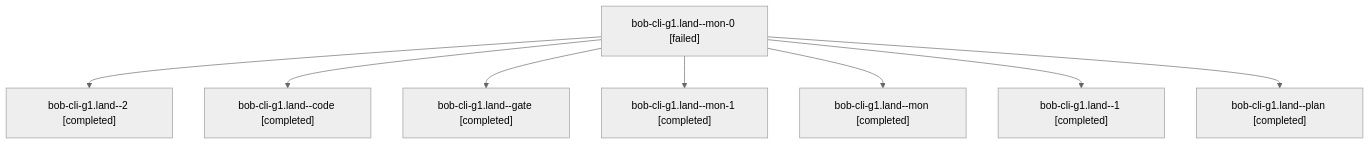
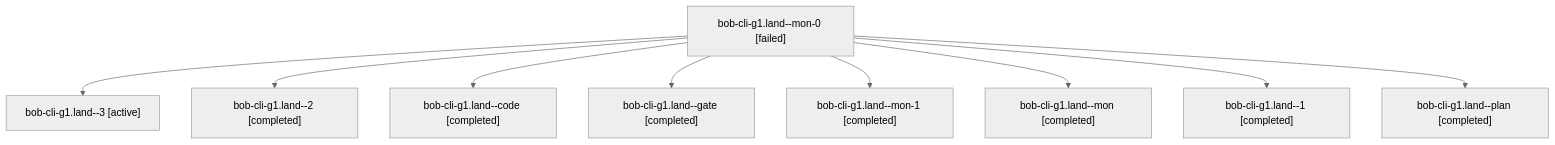
Before and after one commit to bobs-org/bob-cli--agents: the diagram in sessions/bbugyi200.athena.bob-cli-g1.land.md, drawn with Mermaid (neutral theme). The commit also changed other lines of this file and 25 other files, not shown here.

````diff
--- a/sessions/bbugyi200.athena.bob-cli-g1.land.md
+++ b/sessions/bbugyi200.athena.bob-cli-g1.land.md
@@ -9,18 +9,20 @@
 ```mermaid
 flowchart TD
   n0["bob-cli-g1.land--mon-0 [failed]"]
-  n1["bob-cli-g1.land--2 [completed]"]
+  n1["bob-cli-g1.land--3 [active]"]
   n0 --> n1
-  n2["bob-cli-g1.land--code [completed]"]
+  n2["bob-cli-g1.land--2 [completed]"]
   n0 --> n2
-  n3["bob-cli-g1.land--gate [completed]"]
+  n3["bob-cli-g1.land--code [completed]"]
   n0 --> n3
-  n4["bob-cli-g1.land--mon-1 [completed]"]
+  n4["bob-cli-g1.land--gate [completed]"]
   n0 --> n4
-  n5["bob-cli-g1.land--mon [completed]"]
+  n5["bob-cli-g1.land--mon-1 [completed]"]
   n0 --> n5
-  n6["bob-cli-g1.land--1 [completed]"]
+  n6["bob-cli-g1.land--mon [completed]"]
   n0 --> n6
-  n7["bob-cli-g1.land--plan [completed]"]
+  n7["bob-cli-g1.land--1 [completed]"]
   n0 --> n7
+  n8["bob-cli-g1.land--plan [completed]"]
+  n0 --> n8
 ```
````
